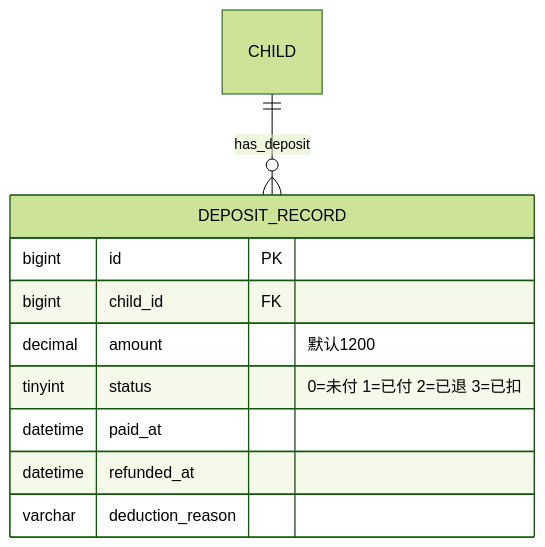
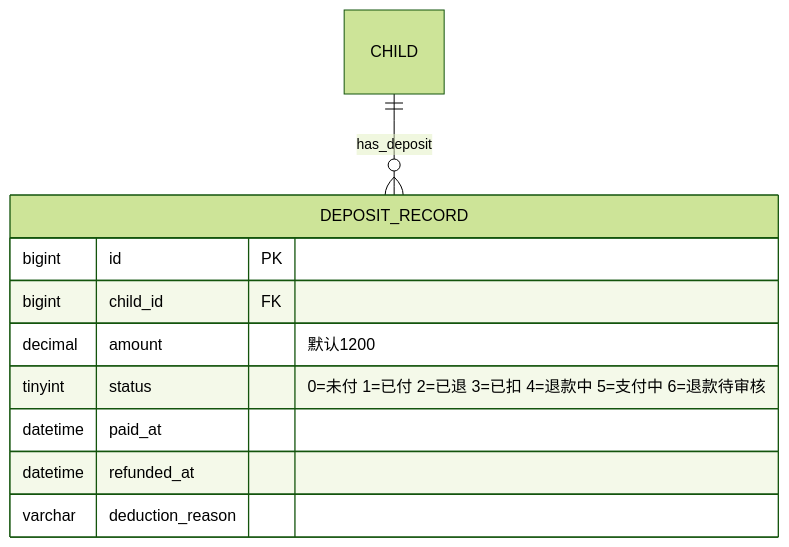
Diagram 15 of 28 in PRD/UML-ER.md (leechunwoo0815/librio), drawn with Mermaid (forest theme) before and after one commit. The commit also changed other lines of this file and 48 other files, not shown here.

````diff
--- a/PRD/UML-ER.md
+++ b/PRD/UML-ER.md
@@ -361,14 +361,14 @@
 ```mermaid
 erDiagram
     DEPOSIT_RECORD {
         bigint id PK
         bigint child_id FK
         decimal amount "默认1200"
-        tinyint status "0=未付 1=已付 2=已退 3=已扣"
+        tinyint status "0=未付 1=已付 2=已退 3=已扣 4=退款中 5=支付中 6=退款待审核"
         datetime paid_at
         datetime refunded_at
         varchar deduction_reason
     }
 
     CHILD ||--o{ DEPOSIT_RECORD : "has_deposit"
 ```
````
